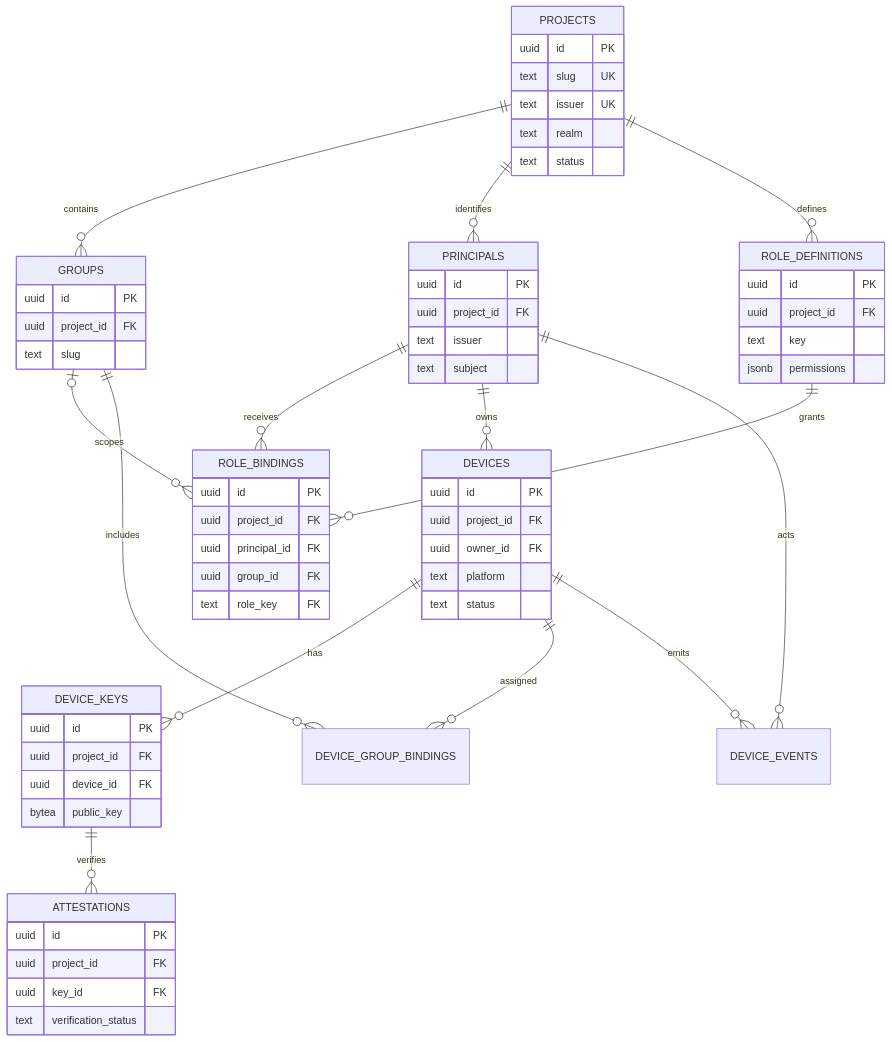
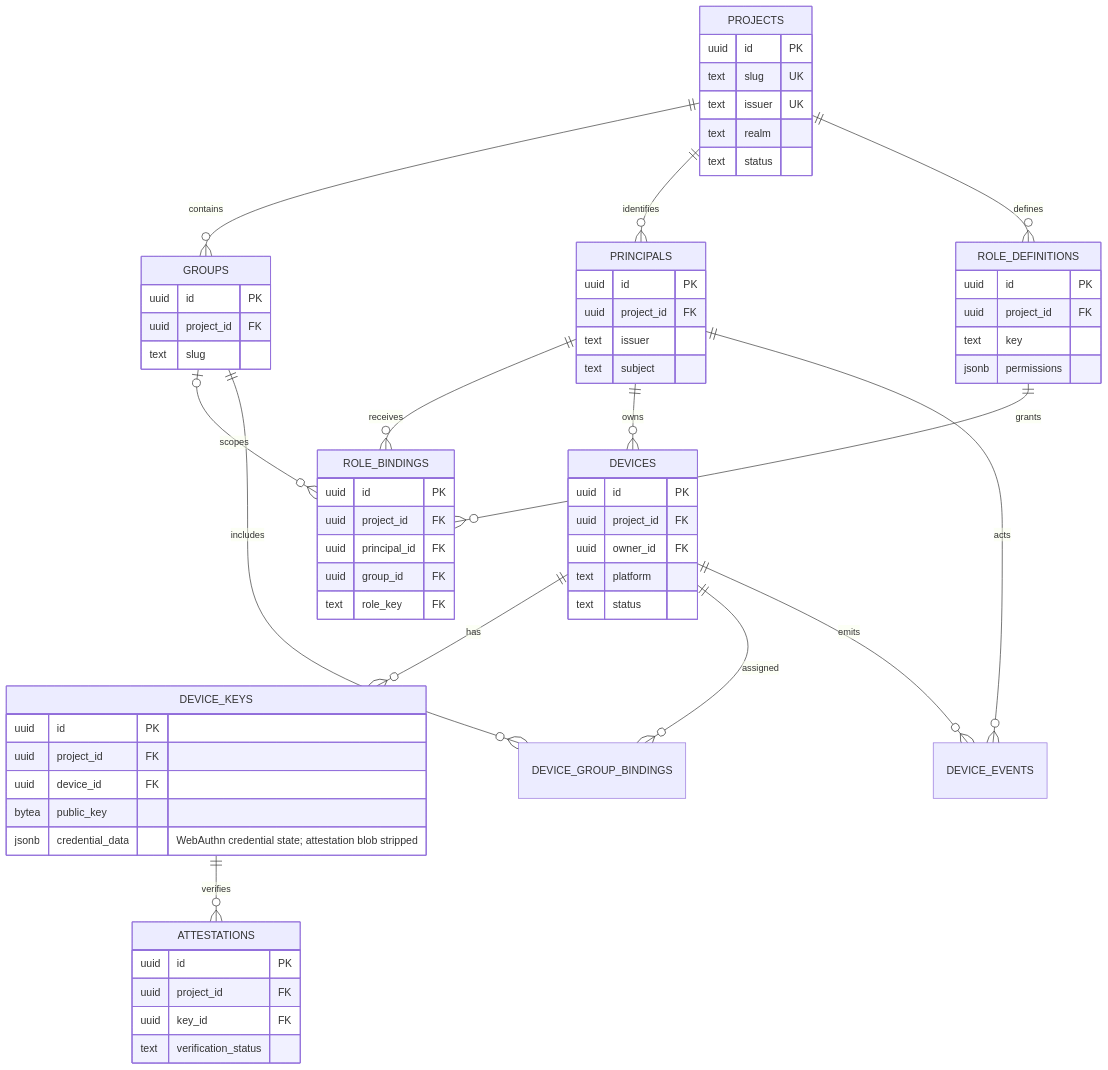
The diagram in docs/book/src/er.md (GorapeFlutter/gorape), drawn with Mermaid before and after one commit. The commit also changed 47 other files, not shown here.

Commit message:
Implement WebAuthn device passkeys

```diff
--- a/docs/book/src/er.md
+++ b/docs/book/src/er.md
@@ -3,67 +3,68 @@
 <pre class="mermaid">
 erDiagram
   PROJECTS ||--o{ GROUPS : contains
   PROJECTS ||--o{ PRINCIPALS : identifies
   PROJECTS ||--o{ ROLE_DEFINITIONS : defines
   PRINCIPALS ||--o{ ROLE_BINDINGS : receives
   ROLE_DEFINITIONS ||--o{ ROLE_BINDINGS : grants
   GROUPS o|--o{ ROLE_BINDINGS : scopes
   PRINCIPALS ||--o{ DEVICES : owns
   DEVICES ||--o{ DEVICE_KEYS : has
   DEVICE_KEYS ||--o{ ATTESTATIONS : verifies
   DEVICES ||--o{ DEVICE_GROUP_BINDINGS : assigned
   GROUPS ||--o{ DEVICE_GROUP_BINDINGS : includes
   DEVICES ||--o{ DEVICE_EVENTS : emits
   PRINCIPALS ||--o{ DEVICE_EVENTS : acts
 
   PROJECTS {
     uuid id PK
     text slug UK
     text issuer UK
     text realm
     text status
   }
   GROUPS {
     uuid id PK
     uuid project_id FK
     text slug
   }
   PRINCIPALS {
     uuid id PK
     uuid project_id FK
     text issuer
     text subject
   }
   ROLE_DEFINITIONS {
     uuid id PK
     uuid project_id FK
     text key
     jsonb permissions
   }
   ROLE_BINDINGS {
     uuid id PK
     uuid project_id FK
     uuid principal_id FK
     uuid group_id FK
     text role_key FK
   }
   DEVICES {
     uuid id PK
     uuid project_id FK
     uuid owner_id FK
     text platform
     text status
   }
   DEVICE_KEYS {
     uuid id PK
     uuid project_id FK
     uuid device_id FK
     bytea public_key
+    jsonb credential_data "WebAuthn credential state; attestation blob stripped"
   }
   ATTESTATIONS {
     uuid id PK
     uuid project_id FK
     uuid key_id FK
     text verification_status
   }
 </pre>
```
